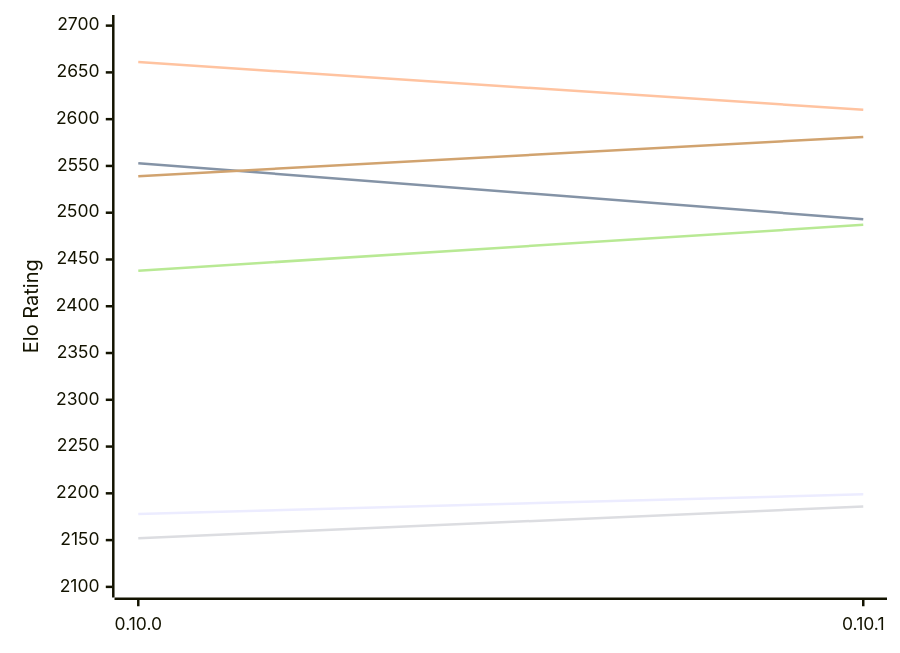
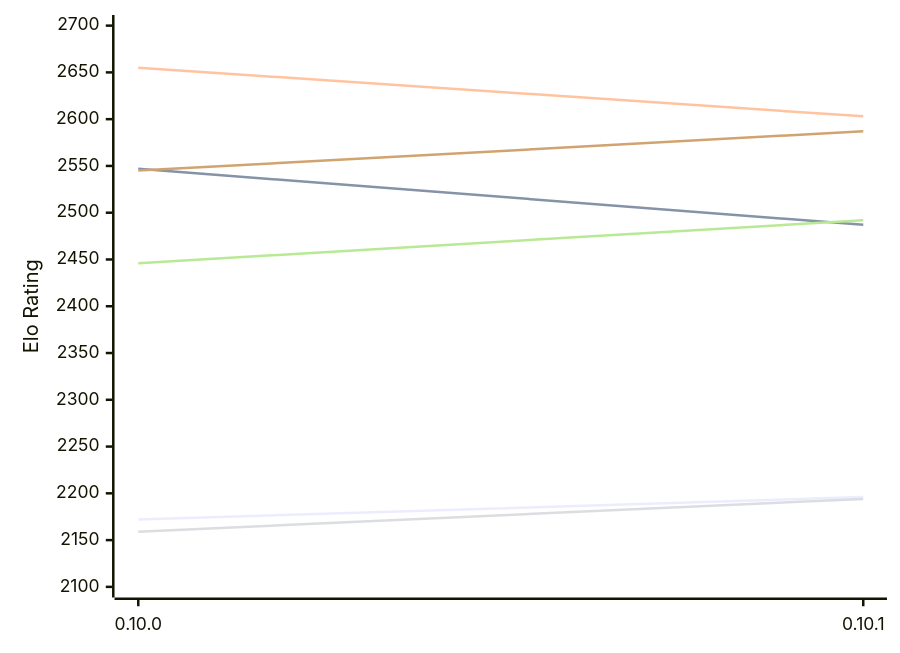
One commit to computer-chess-index/cci changed the first of 2 diagrams in engines/Fatalii.md. Above: the diagram before and after it, drawn with Mermaid. The commit also changed other lines of this file, not shown here.

Commit message:
Update CCI Ratings (ELO VLTC) - 2026-11-18

````diff
--- a/engines/Fatalii.md
+++ b/engines/Fatalii.md
@@ -50,12 +50,12 @@
 ```mermaid
 %%{init: {"theme":"base","themeVariables":{"seriesColors:['#a3a3a3','#222221','#faa371']}}}%%
 xychart-beta
   x-axis ["0.10.0", "0.10.1"]
   y-axis "Elo Rating" 2100 --> 2700
-  line "E1: STC (8.0+0.08s)" [2178, 2199]
-  line "E1: LTC (60.0+0.60s)" [2553, 2493]
-  line "E1: VLTC (2m24s+1.12s)" [2661, 2610]
-  line "P1: STC (8.0+0.08s)" [2152, 2186]
-  line "P1: LTC (60.0+0.60s)" [2438, 2487]
-  line "P1: VLTC (2m24s+1.12s)" [2539, 2581]
+  line "E1: STC (8.0+0.08s)" [2172, 2196]
+  line "E1: LTC (60.0+0.60s)" [2547, 2487]
+  line "E1: VLTC (2m24s+1.12s)" [2655, 2603]
+  line "P1: STC (8.0+0.08s)" [2159, 2194]
+  line "P1: LTC (60.0+0.60s)" [2446, 2492]
+  line "P1: VLTC (2m24s+1.12s)" [2545, 2587]
 ```
````
